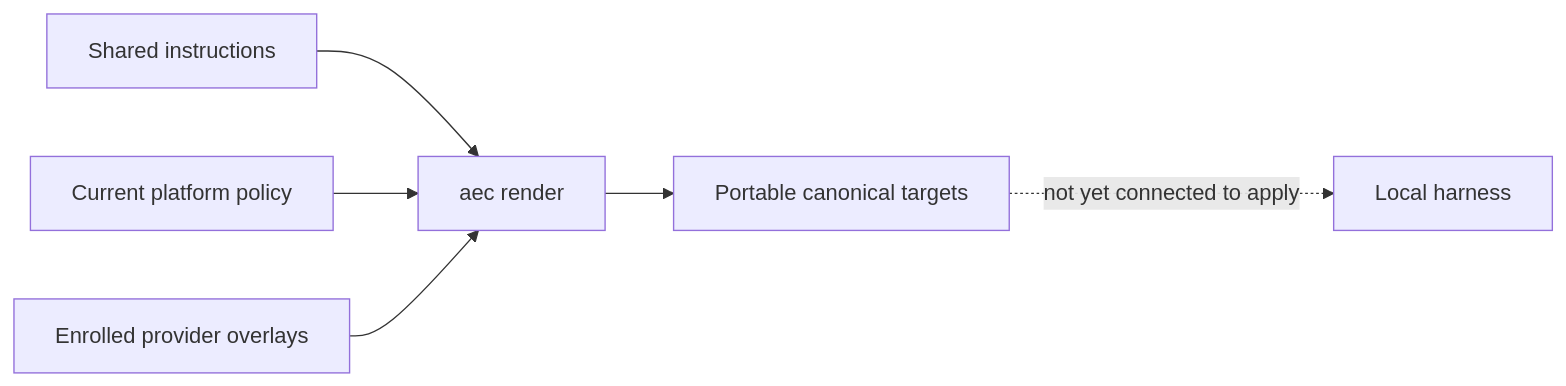
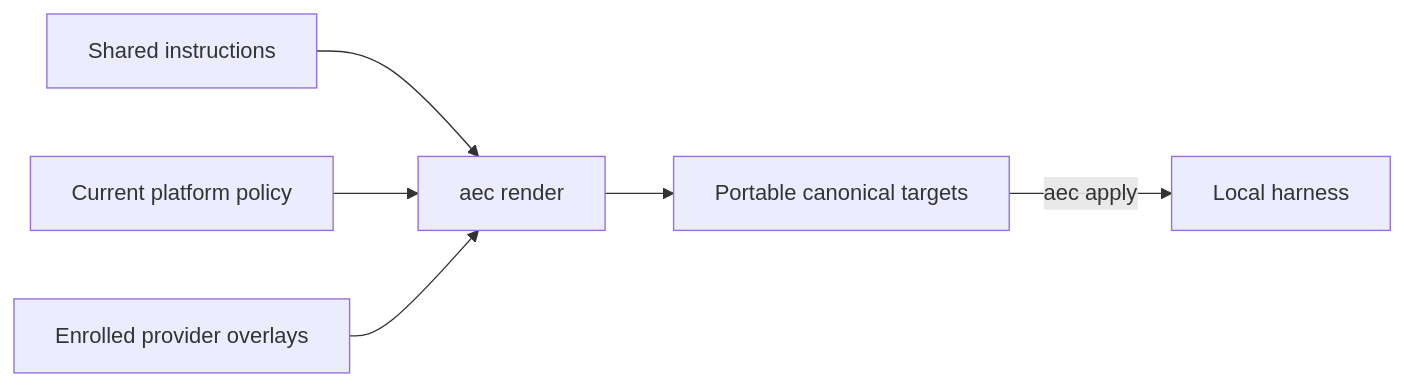
One commit to ferrywlto/ai-env-as-code changed the second of 3 diagrams in README.md. Above: the diagram before and after it, drawn with Mermaid. The commit also changed other lines of this file and 12 other files, not shown here.

````diff
--- a/README.md
+++ b/README.md
@@ -28,8 +28,8 @@
 ```mermaid
 flowchart LR
     Shared[Shared instructions] --> Render["aec render"]
     Platform[Current platform policy] --> Render
     Provider[Enrolled provider overlays] --> Render
     Render --> Targets[Portable canonical targets]
-    Targets -.->|not yet connected to apply| Runtime[Local harness]
+    Targets -->|aec apply| Runtime[Local harness]
 ```
````
